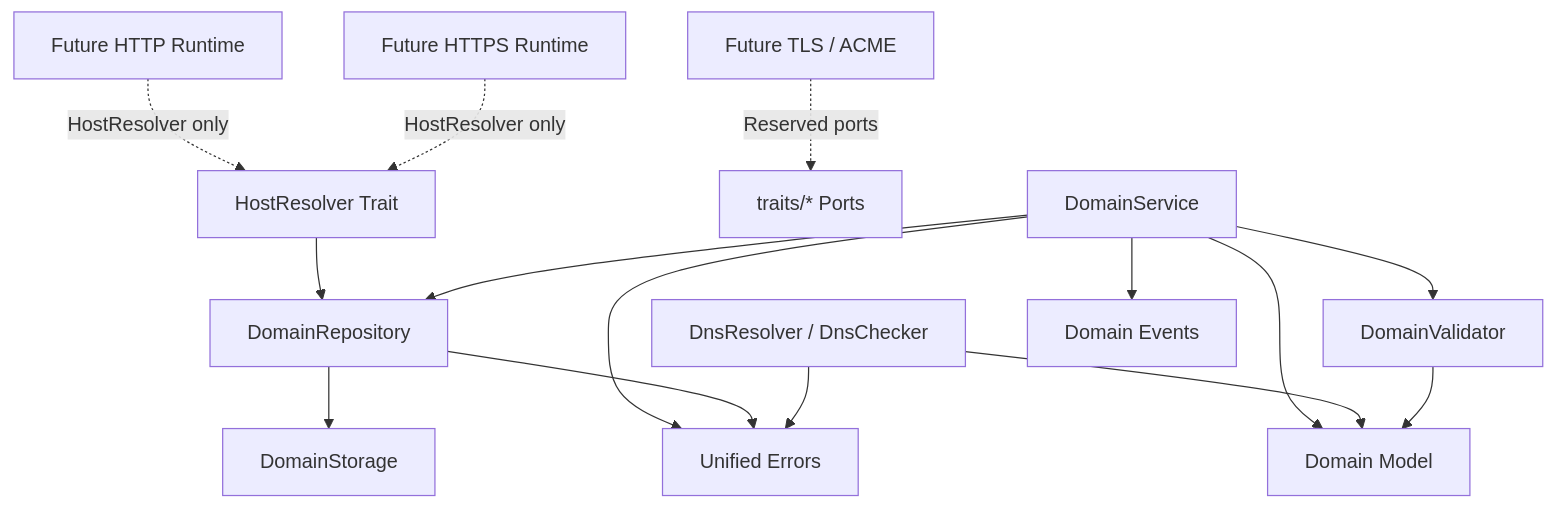
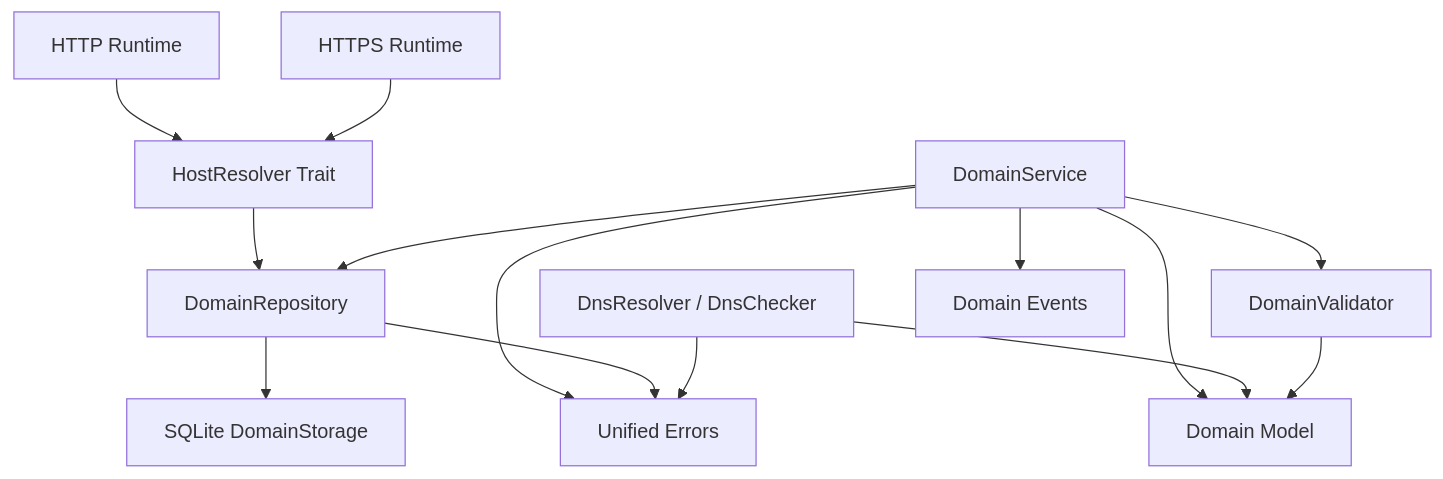
One commit to Somirk134/Gate changed the diagram in server/domain/docs/architecture.md. Above: the diagram before and after it, drawn with Mermaid. The commit also changed 427 other files, not shown here.

````diff
--- a/server/domain/docs/architecture.md
+++ b/server/domain/docs/architecture.md
@@ -3,27 +3,26 @@
 ```mermaid
 flowchart TB
-    HTTP["Future HTTP Runtime"] -. "HostResolver only" .-> HR["HostResolver Trait"]
-    HTTPS["Future HTTPS Runtime"] -. "HostResolver only" .-> HR
-    TLS["Future TLS / ACME"] -. "Reserved ports" .-> PORTS["traits/* Ports"]
+    HTTP["HTTP Runtime"] --> HR["HostResolver Trait"]
+    HTTPS["HTTPS Runtime"] --> HR
 
     SERVICE["DomainService"]
     VALIDATOR["DomainValidator"]
     REPO["DomainRepository"]
-    STORAGE["DomainStorage"]
+    SQLITE["SQLite DomainStorage"]
     DNS["DnsResolver / DnsChecker"]
     MODEL["Domain Model"]
     ERROR["Unified Errors"]
     EVENT["Domain Events"]
 
     HR --> REPO
     SERVICE --> VALIDATOR
     SERVICE --> REPO
     SERVICE --> MODEL
     SERVICE --> EVENT
-    REPO --> STORAGE
+    REPO --> SQLITE
     DNS --> MODEL
     VALIDATOR --> MODEL
     SERVICE --> ERROR
     REPO --> ERROR
     DNS --> ERROR
 ```
````
